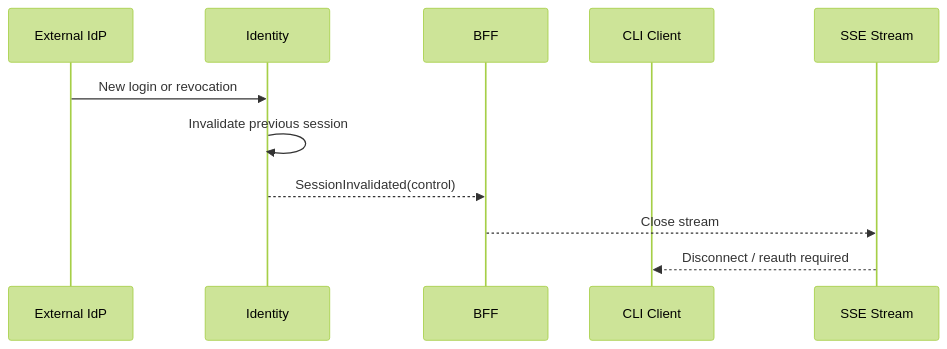
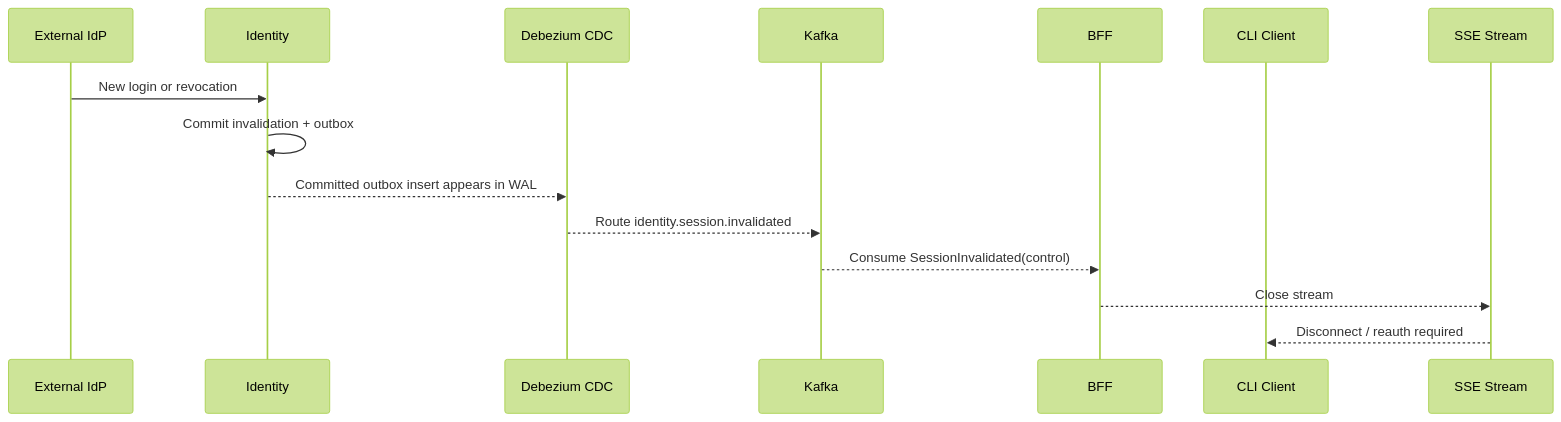
Before and after one commit to FSendot/uno-arena: the second of 8 diagrams in docs/architecture/07-sequence-diagrams.md, drawn with Mermaid (forest theme). The commit also changed other lines of this file and 430 other files, not shown here.

Commit message:
feat: add durable adapters and local kind deployment architecture

````diff
--- a/docs/architecture/07-sequence-diagrams.md
+++ b/docs/architecture/07-sequence-diagrams.md
@@ -39,14 +56,18 @@
 ```mermaid
 sequenceDiagram
     participant IdP as External IdP
     participant I as Identity
+    participant D as Debezium CDC
+    participant K as Kafka
     participant B as BFF
     participant C as CLI Client
     participant S as SSE Stream
 
     IdP->>I: New login or revocation
-    I->>I: Invalidate previous session
-    I-->>B: SessionInvalidated(control)
+    I->>I: Commit invalidation + outbox
+    I-->>D: Committed outbox insert appears in WAL
+    D-->>K: Route identity.session.invalidated
+    K-->>B: Consume SessionInvalidated(control)
     B-->>S: Close stream
     S-->>C: Disconnect / reauth required
 ```
````
